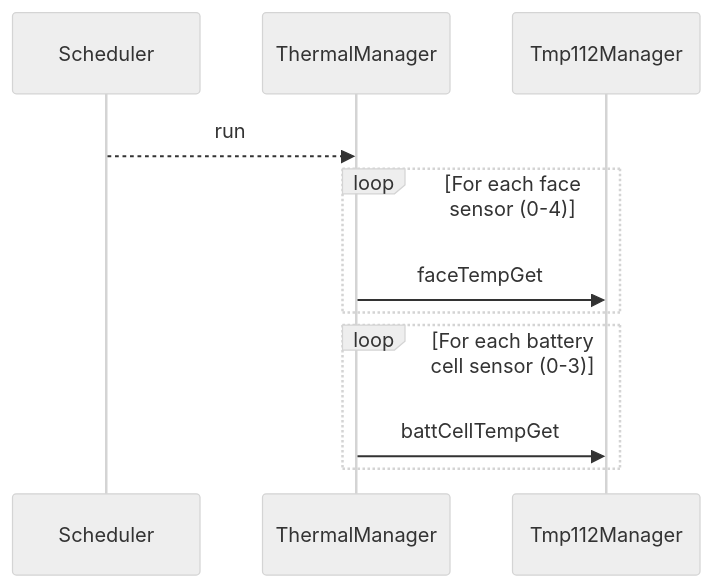
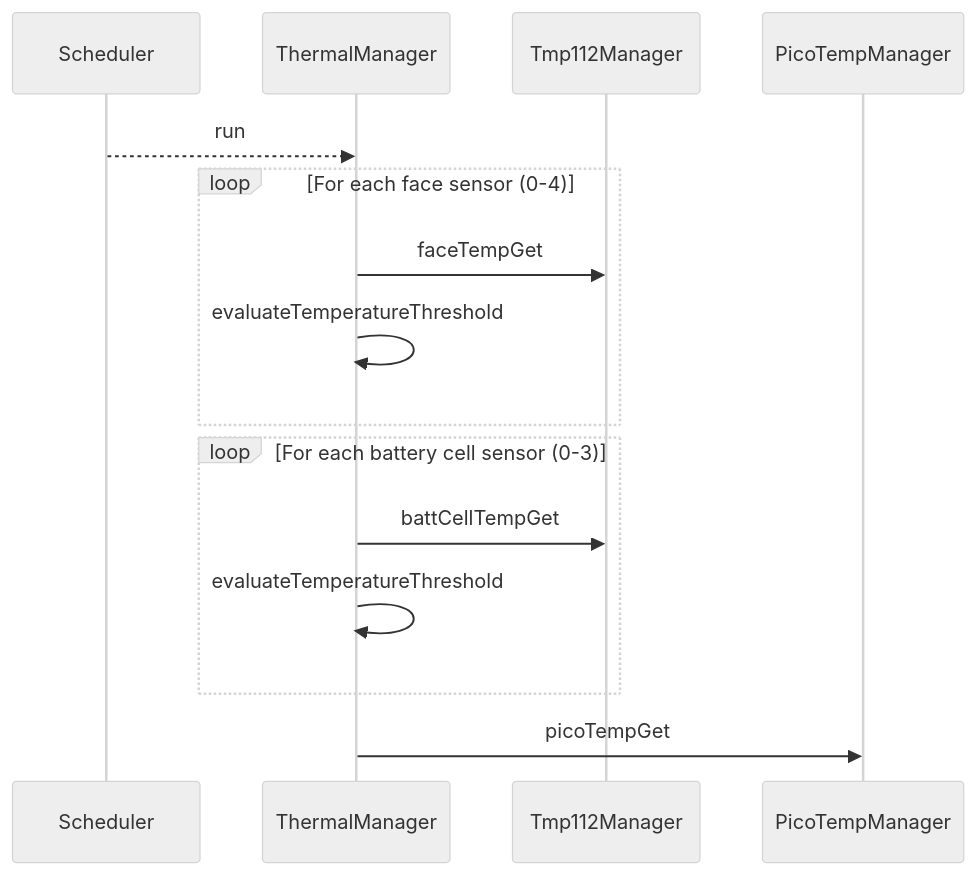
The second of 2 diagrams in docs-site/components/ThermalManager.md (Open-Source-Space-Foundation/proves-core-reference), drawn with Mermaid (neutral theme) before and after one commit. The commit also changed other lines of this file and 39 other files, not shown here.

````diff
--- a/docs-site/components/ThermalManager.md
+++ b/docs-site/components/ThermalManager.md
@@ -47,14 +74,18 @@
 ```mermaid
 sequenceDiagram
     participant Scheduler
     participant ThermalManager
     participant Tmp112Manager
+    participant PicoTempManager
 
     Scheduler-->>ThermalManager: run
     loop For each face sensor (0-4)
         ThermalManager->>Tmp112Manager: faceTempGet
+        ThermalManager->>ThermalManager: evaluateTemperatureThreshold
     end
     loop For each battery cell sensor (0-3)
         ThermalManager->>Tmp112Manager: battCellTempGet
+        ThermalManager->>ThermalManager: evaluateTemperatureThreshold
     end
+    ThermalManager->>PicoTempManager: picoTempGet
 ```
````
